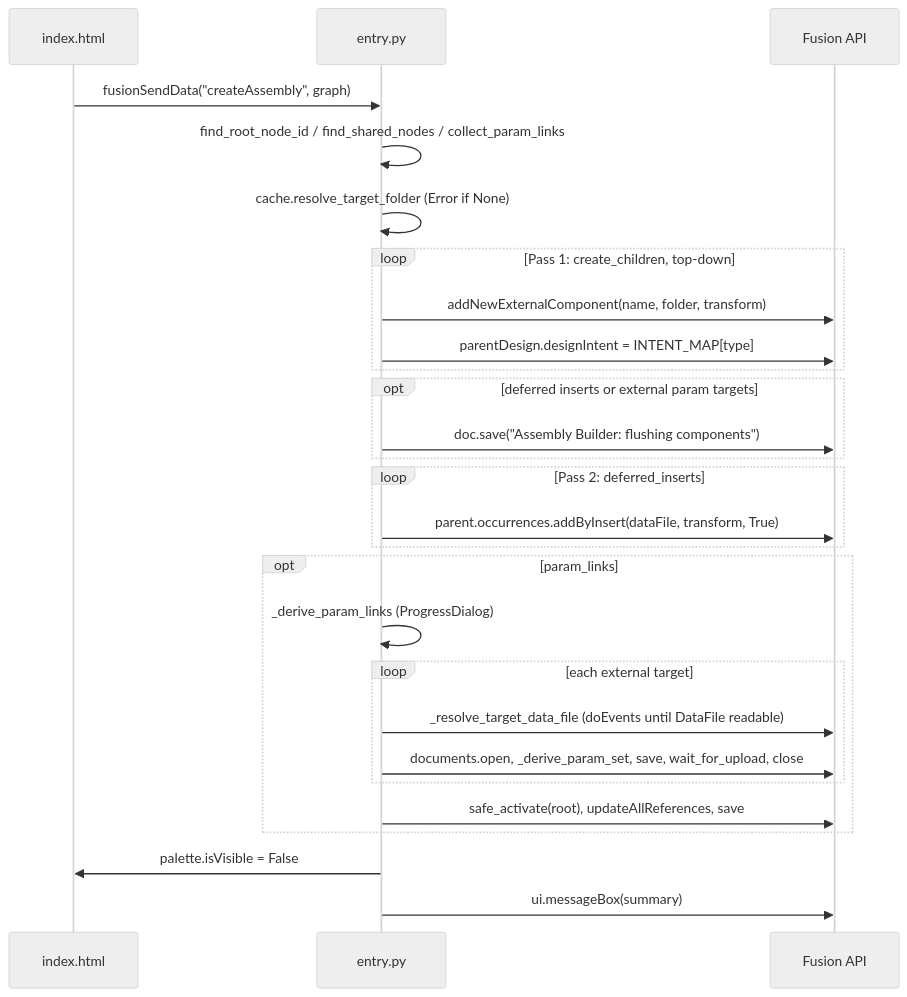
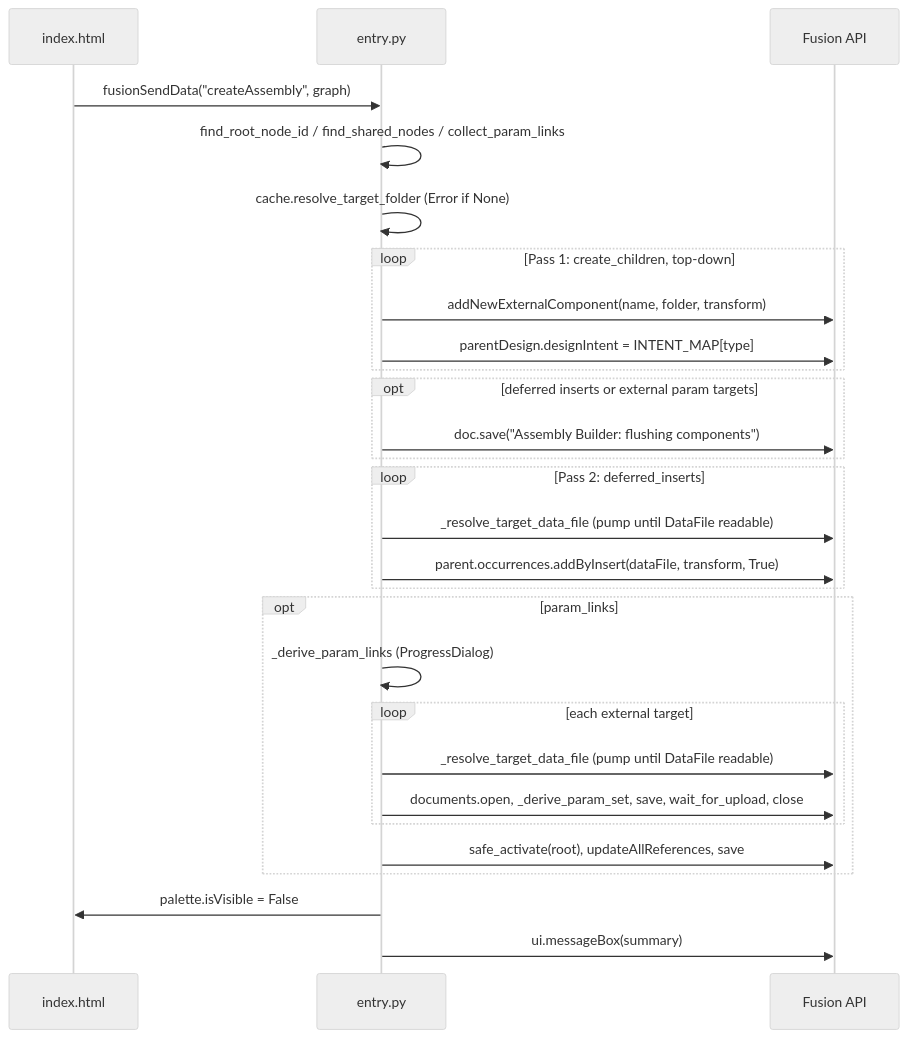
Before and after one commit to schneik80/PowerTools: the first of 2 diagrams in docs/arch/Assembly Builder.md, drawn with Mermaid (neutral theme). The commit also changed other lines of this file and 4 other files, not shown here.

````diff
--- a/docs/arch/Assembly Builder.md
+++ b/docs/arch/Assembly Builder.md
@@ -155,29 +179,30 @@
 ```mermaid
 sequenceDiagram
     participant Page as index.html
     participant Py as entry.py
     participant F as Fusion API
     Page->>Py: fusionSendData("createAssembly", graph)
     Py->>Py: find_root_node_id / find_shared_nodes / collect_param_links
     Py->>Py: cache.resolve_target_folder (Error if None)
     loop Pass 1: create_children, top-down
         Py->>F: addNewExternalComponent(name, folder, transform)
         Py->>F: parentDesign.designIntent = INTENT_MAP[type]
     end
     opt deferred inserts or external param targets
         Py->>F: doc.save("Assembly Builder: flushing components")
     end
     loop Pass 2: deferred_inserts
+        Py->>F: _resolve_target_data_file (pump until DataFile readable)
         Py->>F: parent.occurrences.addByInsert(dataFile, transform, True)
     end
     opt param_links
         Py->>Py: _derive_param_links (ProgressDialog)
         loop each external target
-            Py->>F: _resolve_target_data_file (doEvents until DataFile readable)
+            Py->>F: _resolve_target_data_file (pump until DataFile readable)
             Py->>F: documents.open, _derive_param_set, save, wait_for_upload, close
         end
         Py->>F: safe_activate(root), updateAllReferences, save
     end
     Py->>Page: palette.isVisible = False
     Py->>F: ui.messageBox(summary)
 ```
````
